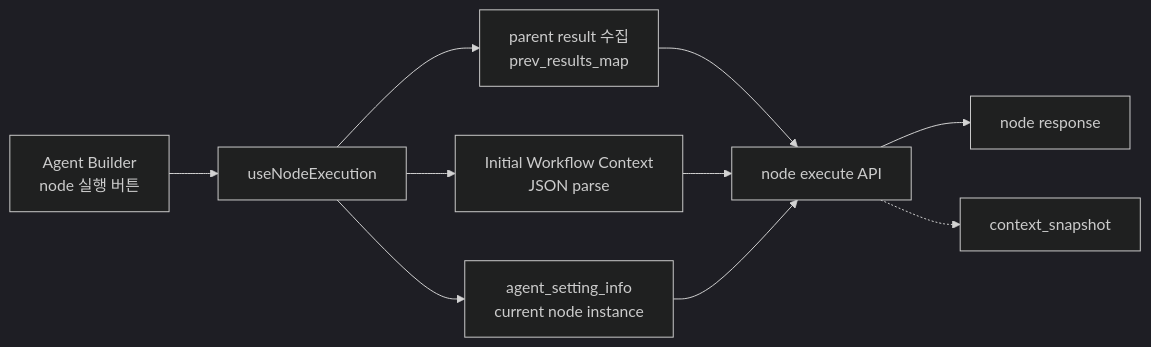
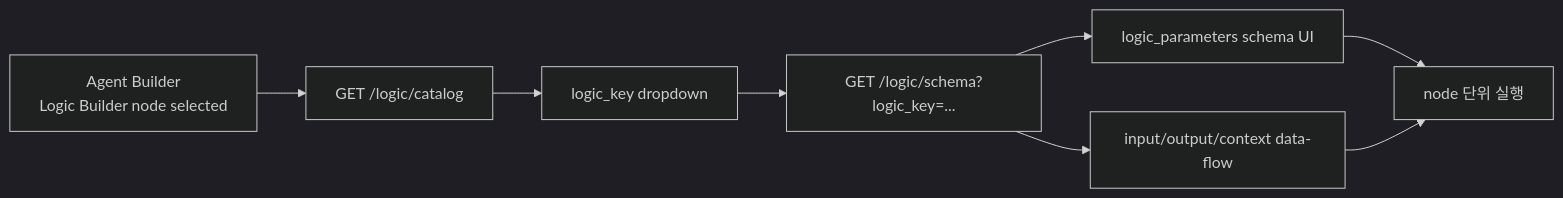
One commit to djoo-lgcns/dotfiles changed the seventh of 8 diagrams in README.md. Above: the diagram before and after it, drawn with Mermaid (dark theme). The commit also changed other lines of this file, not shown here.

````diff
--- a/README.md
+++ b/README.md
@@ -520,12 +334,10 @@
 ```mermaid
 flowchart LR
-  UI["Agent Builder<br/>node 실행 버튼"] --> H["useNodeExecution"]
-  H --> PR["parent result 수집<br/>prev_results_map"]
-  H --> IC["Initial Workflow Context<br/>JSON parse"]
-  H --> ASI["agent_setting_info<br/>current node instance"]
-  PR --> API["node execute API"]
-  IC --> API
-  ASI --> API
-  API --> RES["node response"]
-  API -.-> SNAP["context_snapshot"]
+  UI["Agent Builder<br/>Logic Builder node selected"] --> CAT["GET /logic/catalog"]
+  CAT --> PICK["logic_key dropdown"]
+  PICK --> SCH["GET /logic/schema?logic_key=..."]
+  SCH --> CFG["logic_parameters schema UI"]
+  SCH --> DF["input/output/context data-flow"]
+  CFG --> RUN["node 단위 실행"]
+  DF --> RUN
 ```
````
